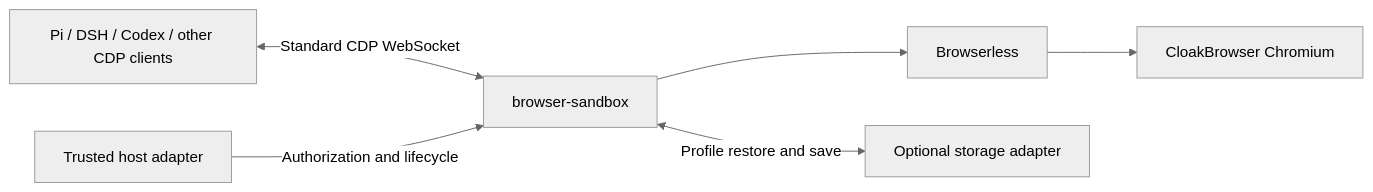
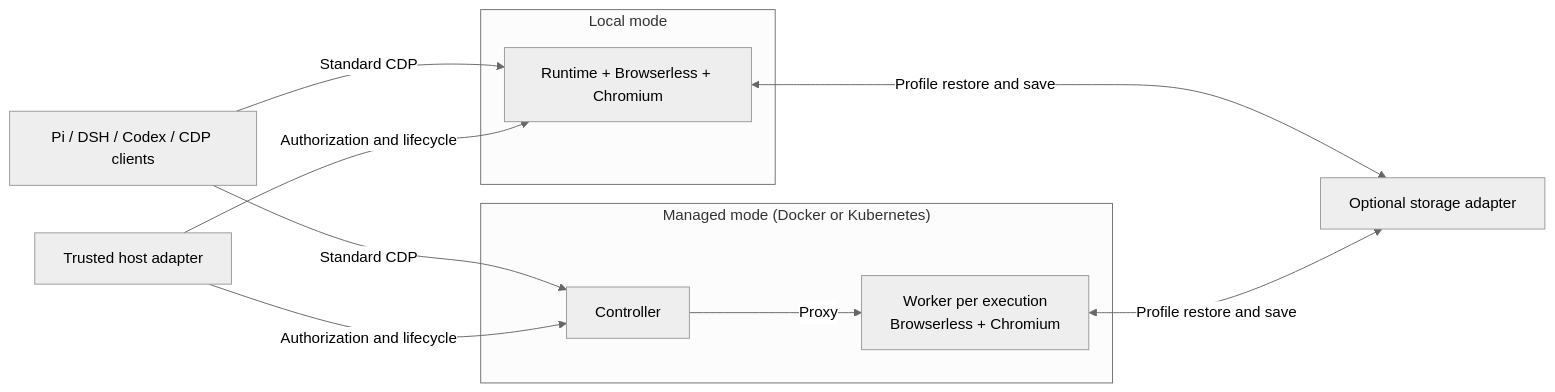
One commit to TGYD-helige/browser-sandbox changed the diagram in README.md. Above: the diagram before and after it, drawn with Mermaid (neutral theme). The commit also changed other lines of this file and 1 other file, not shown here.

````diff
--- a/README.md
+++ b/README.md
@@ -21,14 +25,23 @@
 ```mermaid
 flowchart LR
-    H["Pi / DSH / Codex / other CDP clients"]
-    R["browser-sandbox"]
-    B["Browserless"]
-    C["CloakBrowser Chromium"]
+    H["Pi / DSH / Codex / CDP clients"]
     A["Trusted host adapter"]
     S["Optional storage adapter"]
 
-    H <-->|"Standard CDP WebSocket"| R
+    subgraph Local["Local mode"]
+        R["Runtime + Browserless + Chromium"]
+    end
+
+    subgraph Managed["Managed mode (Docker or Kubernetes)"]
+        C["Controller"]
+        W["Worker per execution<br/>Browserless + Chromium"]
+    end
+
+    H -->|"Standard CDP"| R
+    H -->|"Standard CDP"| C
     A -->|"Authorization and lifecycle"| R
-    R --> B --> C
+    A -->|"Authorization and lifecycle"| C
+    C -->|"Proxy"| W
     R <-->|"Profile restore and save"| S
+    W <-->|"Profile restore and save"| S
 ```
````
